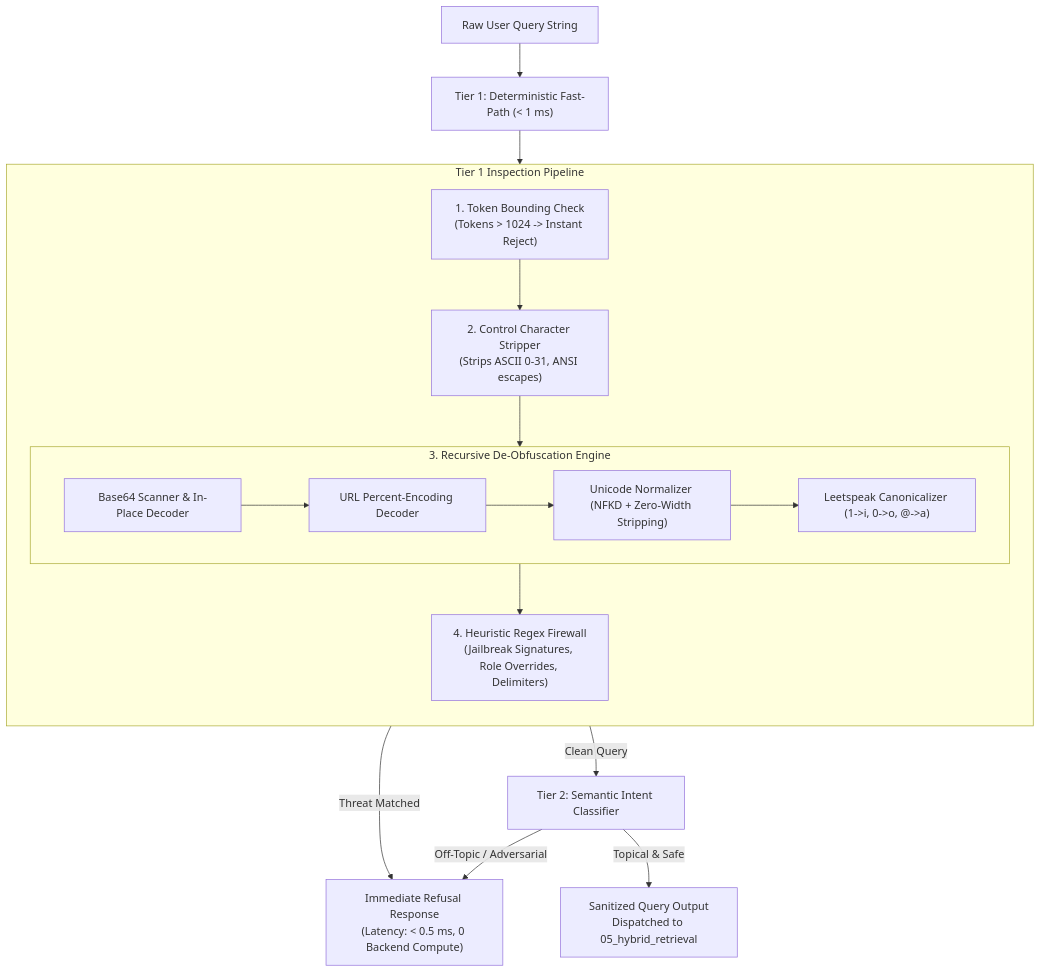
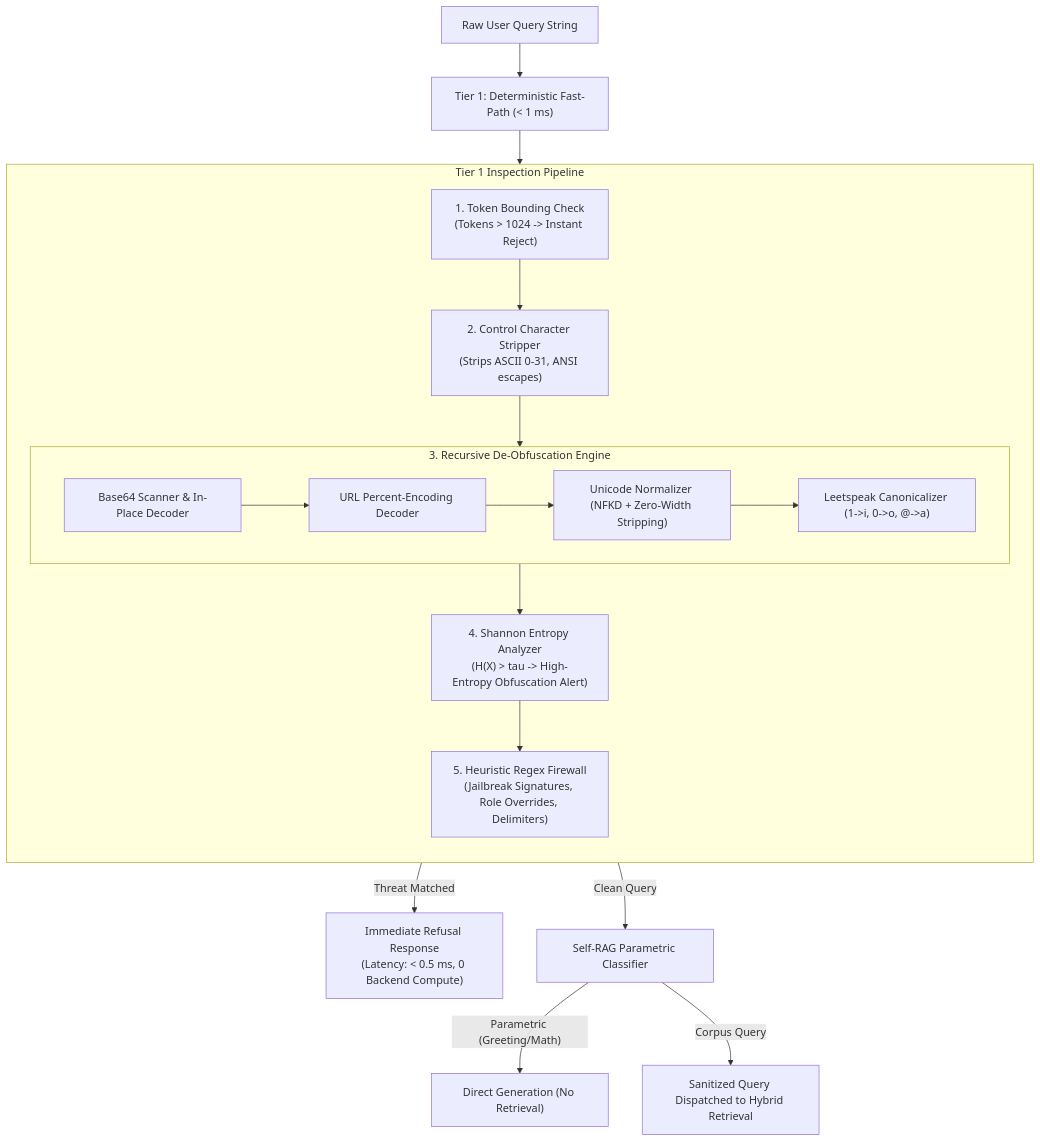
Before and after one commit to uehera/RAGnarok: the diagram in notes/arc/04_input_guardrail_gateway.md, drawn with Mermaid. The commit also changed other lines of this file and 14 other files, not shown here.

Commit message:
docs: overhaul setup guide, architectural blueprints, research reports, and main README

````diff
--- a/notes/arc/04_input_guardrail_gateway.md
+++ b/notes/arc/04_input_guardrail_gateway.md
@@ -24,29 +24,30 @@
 ```mermaid
 flowchart TD
     RAW_Q["Raw User Query String"] --> T1["Tier 1: Deterministic Fast-Path (< 1 ms)"]
     
     subgraph FastPathSubsystem["Tier 1 Inspection Pipeline"]
         direction TB
         B1["1. Token Bounding Check<br>(Tokens > 1024 -> Instant Reject)"]
         B2["2. Control Character Stripper<br>(Strips ASCII 0-31, ANSI escapes)"]
         
         subgraph DeObfuscator["3. Recursive De-Obfuscation Engine"]
             D_B64["Base64 Scanner & In-Place Decoder"]
             D_URL["URL Percent-Encoding Decoder"]
             D_UNI["Unicode Normalizer (NFKD + Zero-Width Stripping)"]
             D_LEET["Leetspeak Canonicalizer (1->i, 0->o, @->a)"]
             D_B64 --> D_URL --> D_UNI --> D_LEET
         end
         
-        B3["4. Heuristic Regex Firewall<br>(Jailbreak Signatures, Role Overrides, Delimiters)"]
+        B3["4. Shannon Entropy Analyzer<br>(H(X) > tau -> High-Entropy Obfuscation Alert)"]
+        B4["5. Heuristic Regex Firewall<br>(Jailbreak Signatures, Role Overrides, Delimiters)"]
         
-        B1 --> B2 --> DeObfuscator --> B3
+        B1 --> B2 --> DeObfuscator --> B3 --> B4
     end
     
     T1 --> FastPathSubsystem
-    B3 -- "Threat Matched" --> REF["Immediate Refusal Response<br>(Latency: < 0.5 ms, 0 Backend Compute)"]
-    B3 -- "Clean Query" --> T2["Tier 2: Semantic Intent Classifier"]
+    B4 -- "Threat Matched" --> REF["Immediate Refusal Response<br>(Latency: < 0.5 ms, 0 Backend Compute)"]
+    B4 -- "Clean Query" --> SR["Self-RAG Parametric Classifier"]
     
-    T2 -- "Off-Topic / Adversarial" --> REF
-    T2 -- "Topical & Safe" --> PASS["Sanitized Query Output<br>Dispatched to 05_hybrid_retrieval"]
+    SR -- "Parametric (Greeting/Math)" --> DIR["Direct Generation (No Retrieval)"]
+    SR -- "Corpus Query" --> PASS["Sanitized Query Dispatched to Hybrid Retrieval"]
 ```
````
